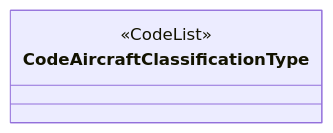
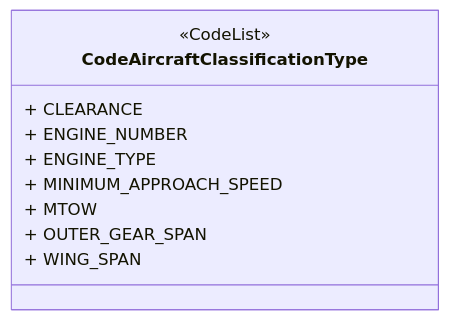
Diagram 25 of 46 in README.md (hlepori/testAIRM), drawn with Mermaid before and after one commit. The commit also changed other lines of this file, not shown here.

````diff
--- a/README.md
+++ b/README.md
@@ -679,5 +703,12 @@
 ```mermaid	
 classDiagram	
 class CodeAircraftClassificationType	
 <<CodeList>> CodeAircraftClassificationType	
+CodeAircraftClassificationType : + CLEARANCE	
+CodeAircraftClassificationType : + ENGINE_NUMBER	
+CodeAircraftClassificationType : + ENGINE_TYPE	
+CodeAircraftClassificationType : + MINIMUM_APPROACH_SPEED	
+CodeAircraftClassificationType : + MTOW	
+CodeAircraftClassificationType : + OUTER_GEAR_SPAN	
+CodeAircraftClassificationType : + WING_SPAN	
 ```	
````
